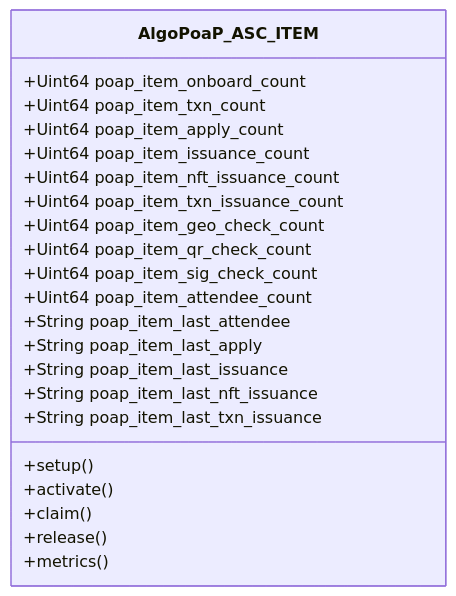
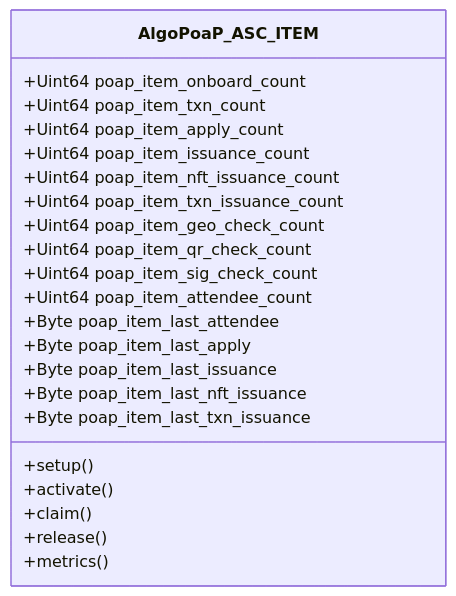
Before and after one commit to GoPlausible/.github: the tenth of 10 diagrams in profile/README.md, drawn with Mermaid. The commit also changed other lines of this file, not shown here.

````diff
--- a/profile/README.md
+++ b/profile/README.md
@@ -354,28 +354,28 @@
 ```mermaid
   classDiagram
     class AlgoPoaP_ASC_ITEM
     AlgoPoaP_ASC_ITEM : +Uint64 poap_item_onboard_count
     AlgoPoaP_ASC_ITEM : +Uint64 poap_item_txn_count
     AlgoPoaP_ASC_ITEM : +Uint64 poap_item_apply_count
     AlgoPoaP_ASC_ITEM : +Uint64 poap_item_issuance_count
     AlgoPoaP_ASC_ITEM : +Uint64 poap_item_nft_issuance_count
     AlgoPoaP_ASC_ITEM : +Uint64 poap_item_txn_issuance_count
 
     AlgoPoaP_ASC_ITEM : +Uint64 poap_item_geo_check_count
     AlgoPoaP_ASC_ITEM : +Uint64 poap_item_qr_check_count
     AlgoPoaP_ASC_ITEM : +Uint64 poap_item_sig_check_count
 
     AlgoPoaP_ASC_ITEM : +Uint64 poap_item_attendee_count
-    AlgoPoaP_ASC_ITEM : +String poap_item_last_attendee
-    AlgoPoaP_ASC_ITEM : +String poap_item_last_apply
-    AlgoPoaP_ASC_ITEM : +String poap_item_last_issuance
-    AlgoPoaP_ASC_ITEM : +String poap_item_last_nft_issuance
-    AlgoPoaP_ASC_ITEM : +String poap_item_last_txn_issuance
+    AlgoPoaP_ASC_ITEM : +Byte poap_item_last_attendee
+    AlgoPoaP_ASC_ITEM : +Byte poap_item_last_apply
+    AlgoPoaP_ASC_ITEM : +Byte poap_item_last_issuance
+    AlgoPoaP_ASC_ITEM : +Byte poap_item_last_nft_issuance
+    AlgoPoaP_ASC_ITEM : +Byte poap_item_last_txn_issuance
     AlgoPoaP_ASC_ITEM : +setup()
     AlgoPoaP_ASC_ITEM : +activate()
     AlgoPoaP_ASC_ITEM : +claim()
     AlgoPoaP_ASC_ITEM : +release()
     AlgoPoaP_ASC_ITEM : +metrics()
   
     
 ```
````
